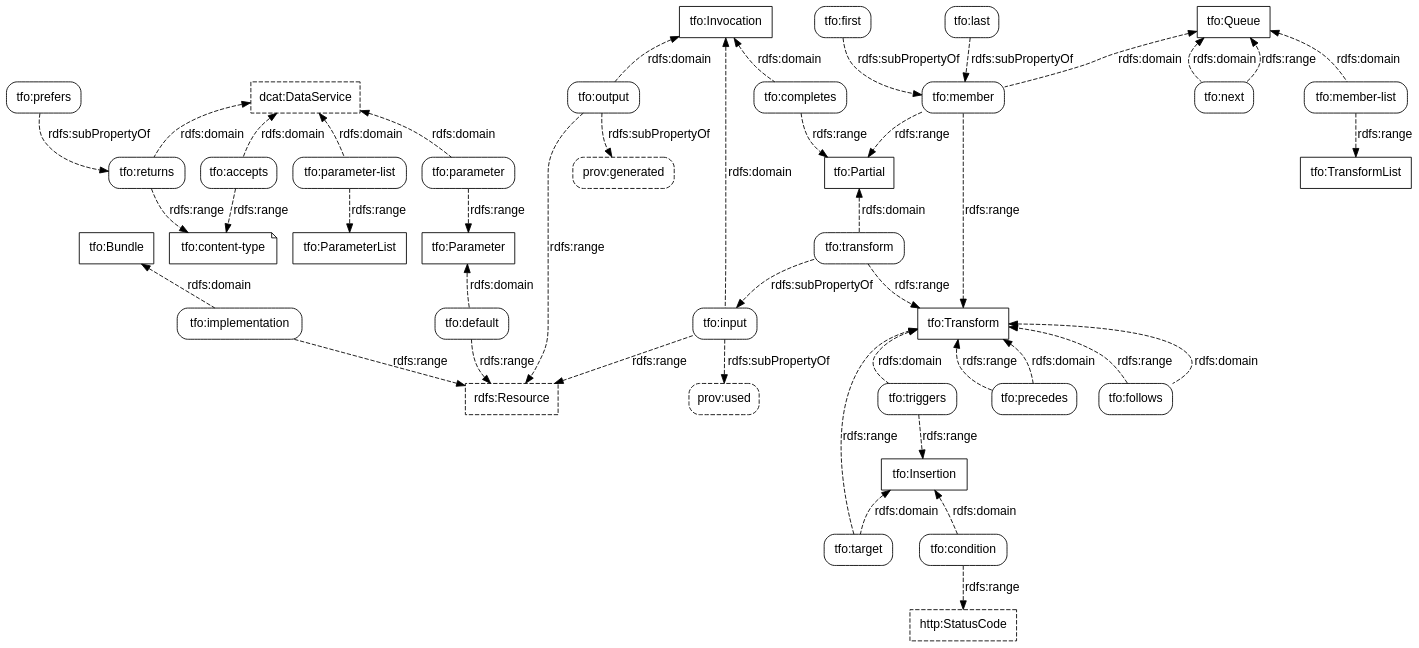
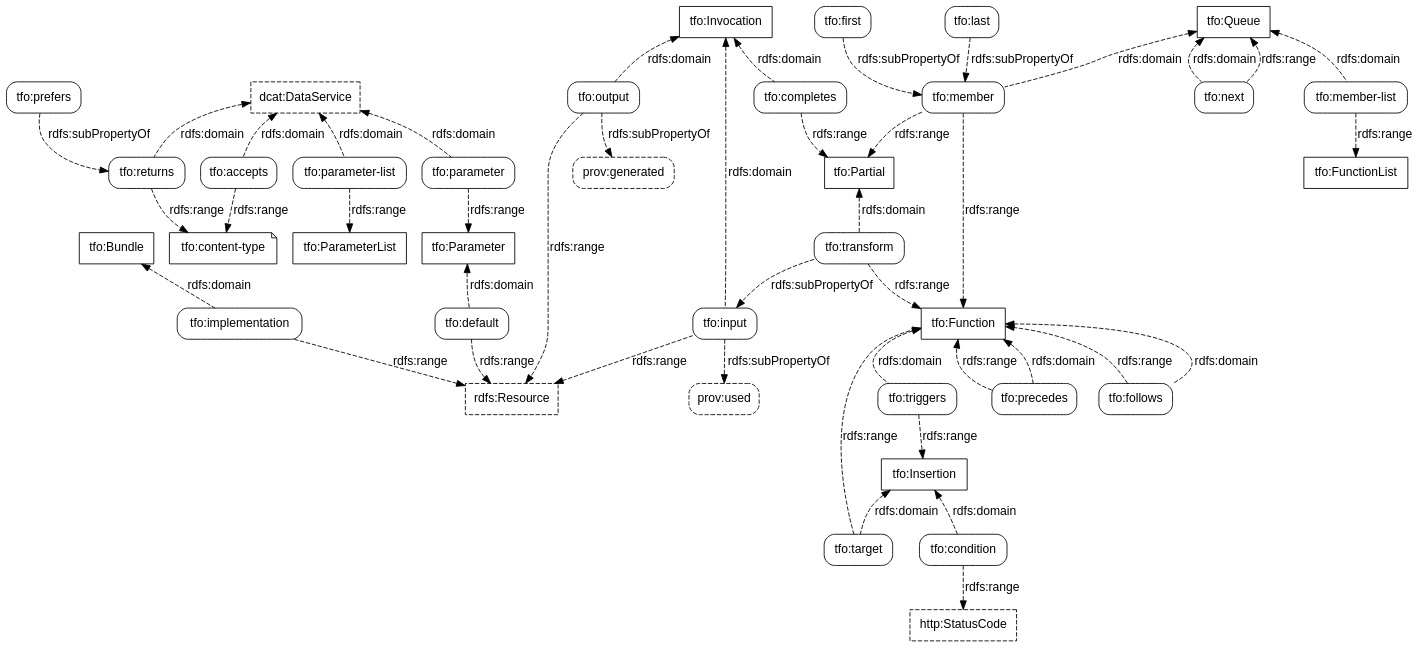
Before and after one commit to doriantaylor/owl-transformation: the diagram in transformation-properties.dot, drawn with Graphviz. The commit also changed 3 other files, not shown here.

```diff
--- a/transformation-properties.dot
+++ b/transformation-properties.dot
@@ -1,138 +1,138 @@
 digraph {
     graph [bgcolor=transparent,rankdir=TB];
     node [shape=box,style=rounded,color="#000000",fontcolor="#000000",fontname="Lucida Grande, Lucida Sans Unicode, sans-serif"];
     edge [concentrate=true,color="#000000",fontcolor="#000000",fontname="Lucida Grande, Lucida Sans Unicode, sans-serif"];
 
     subgraph {
         node [shape=box, style=dashed];
         rdfs_Resource [label="rdfs:Resource", target="_parent", href="https://www.w3.org/TR/rdf-schema/#ch_resource"];
         http_StatusCode [label="http:StatusCode", target="_parent", href="https://www.w3.org/TR/HTTP-in-RDF10/#StatusCodeClass"];
         dcat_DataService [label="dcat:DataService" target="_parent", href="https://www.w3.org/TR/vocab-dcat-2/#Class:Data_Service"];
     }
 
     // our classes
 
     subgraph {
         node [shape=box, style=""];
         tfo_Bundle [label="tfo:Bundle", target="_parent", href="https://vocab.methodandstructure.com/transformation#Bundle"];
-        tfo_Transform [label="tfo:Transform", target="_parent", href="https://vocab.methodandstructure.com/transformation#Transform"];
+        tfo_Function [label="tfo:Function", target="_parent", href="https://vocab.methodandstructure.com/transformation#Function"];
         tfo_Parameter [label="tfo:Parameter", target="_parent", href="https://vocab.methodandstructure.com/transformation#Parameter"];
         tfo_ParameterList [label="tfo:ParameterList", target="_parent", href="https://vocab.methodandstructure.com/transformation#ParameterList"];
         tfo_Queue [label="tfo:Queue", target="_parent", href="https://vocab.methodandstructure.com/transformation#Queue"];
         tfo_Insertion [label="tfo:Insertion", target="_parent", href="https://vocab.methodandstructure.com/transformation#Insertion"];
-        tfo_TransformList [label="tfo:TransformList", target="_parent", href="https://vocab.methodandstructure.com/transformation#TransformList"];
+        tfo_FunctionList [label="tfo:FunctionList", target="_parent", href="https://vocab.methodandstructure.com/transformation#FunctionList"];
         tfo_Partial [label="tfo:Partial", target="_parent", href="https://vocab.methodandstructure.com/transformation#Partial"];
         tfo_Invocation [label="tfo:Invocation", target="_parent", href="https://vocab.methodandstructure.com/transformation#Invocation"];
     }
 
     // our datatypes
     subgraph {
         node [shape=note];
         tfo_content_type [label="tfo:content-type", target="_parent", href="https://vocab.methodandstructure.com/transformation#content-type"];
     }
 
     // third-party properties
 
     subgraph {
         node [style="dashed,rounded"];
         prov_used [label="prov:used", target="_parent", href="https://www.w3.org/TR/prov-o/#used"];
         prov_generated [label="prov:generated", target="_parent", href="https://www.w3.org/TR/prov-o/#generated"];
         // prov_wasAttributedTo [label="prov:wasAttributedTo", target="_parent", href="https://www.w3.org/TR/prov-o/#wasAttributedTo"];
     }
 
     // our properties
 
     tfo_accepts [label="tfo:accepts", target="_parent", href="https://vocab.methodandstructure.com/transformation#accepts"];
     tfo_returns [label="tfo:returns", target="_parent", href="https://vocab.methodandstructure.com/transformation#returns"];
     tfo_prefers [label="tfo:prefers", target="_parent", href="https://vocab.methodandstructure.com/transformation#prefers"];
     tfo_implementation [label="tfo:implementation", target="_parent", href="https://vocab.methodandstructure.com/transformation#implementation"];
     tfo_parameter [label="tfo:parameter", target="_parent", href="https://vocab.methodandstructure.com/transformation#parameter"];
     tfo_parameter_list [label="tfo:parameter-list", target="_parent", href="https://vocab.methodandstructure.com/transformation#parameter-list"];
     tfo_default [label="tfo:default", target="_parent", href="https://vocab.methodandstructure.com/transformation#default"];
     tfo_triggers [label="tfo:triggers", target="_parent", href="https://vocab.methodandstructure.com/transformation#triggers"];
 
 
     tfo_completes [label="tfo:completes", target="_parent", href="https://vocab.methodandstructure.com/transformation#completes"];
     tfo_input [label="tfo:input", target="_parent", href="https://vocab.methodandstructure.com/transformation#input"];
     tfo_output [label="tfo:output", target="_parent", href="https://vocab.methodandstructure.com/transformation#output"];
     tfo_transform [label="tfo:transform", target="_parent", href="https://vocab.methodandstructure.com/transformation#transform"];
 
     tfo_member [label="tfo:member", target="_parent", href="https://vocab.methodandstructure.com/transformation#member"];
     tfo_member_list [label="tfo:member-list", target="_parent", href="https://vocab.methodandstructure.com/transformation#member-list"];
     tfo_next [label="tfo:next", target="_parent", href="https://vocab.methodandstructure.com/transformation#next"];
     tfo_precedes [label="tfo:precedes", target="_parent", href="https://vocab.methodandstructure.com/transformation#precedes"];
     tfo_follows [label="tfo:follows", target="_parent", href="https://vocab.methodandstructure.com/transformation#follows"];
     tfo_first [label="tfo:first", target="_parent", href="https://vocab.methodandstructure.com/transformation#first"];
     tfo_last [label="tfo:last", target="_parent", href="https://vocab.methodandstructure.com/transformation#last"];
     tfo_condition [label="tfo:condition", target="_parent", href="https://vocab.methodandstructure.com/transformation#condition"];
     tfo_target [label="tfo:target", target="_parent", href="https://vocab.methodandstructure.com/transformation#target"];
 
     subgraph {
         edge [style=dashed, label="rdfs:subPropertyOf"];
         tfo_prefers   -> tfo_returns;
         tfo_transform -> tfo_input -> prov_used;
         tfo_output    -> prov_generated;
 
         tfo_first -> tfo_member;
         tfo_last  -> tfo_member;
     }
 
     subgraph {
         edge [style=dashed, dir=back, label="rdfs:domain"];
         tfo_Bundle -> tfo_implementation;
         dcat_DataService -> tfo_accepts;
         dcat_DataService -> tfo_returns;
         dcat_DataService -> tfo_parameter;
         dcat_DataService -> tfo_parameter_list;
-        tfo_Transform -> tfo_precedes;
-        tfo_Transform -> tfo_follows;
-        tfo_Transform -> tfo_triggers;
+        tfo_Function  -> tfo_precedes;
+        tfo_Function  -> tfo_follows;
+        tfo_Function  -> tfo_triggers;
 
         tfo_Parameter -> tfo_default;
 
         tfo_Queue -> tfo_member;
         tfo_Queue -> tfo_member_list;
 
         tfo_Queue -> tfo_next;
 
         tfo_Insertion -> tfo_condition;
         tfo_Insertion -> tfo_target;
 
         tfo_Partial -> tfo_transform;
 
         tfo_Invocation -> tfo_completes;
         tfo_Invocation -> tfo_input;
         tfo_Invocation -> tfo_output;
     }
 
     subgraph {
         edge [style=dashed, label="rdfs:range"];
 
         tfo_accepts -> tfo_content_type;
         tfo_returns -> tfo_content_type;
 
         tfo_parameter      -> tfo_Parameter;
         tfo_parameter_list -> tfo_ParameterList;
 
-        tfo_member      -> tfo_Transform;
+        tfo_member      -> tfo_Function;
         tfo_member      -> tfo_Partial;
-        tfo_member_list -> tfo_TransformList;
+        tfo_member_list -> tfo_FunctionList;
 
         tfo_next -> tfo_Queue;
 
-        tfo_transform -> tfo_Transform;
-        tfo_precedes  -> tfo_Transform;
-        tfo_follows   -> tfo_Transform;
+        tfo_transform -> tfo_Function;
+        tfo_precedes  -> tfo_Function;
+        tfo_follows   -> tfo_Function;
 
         tfo_triggers  -> tfo_Insertion;
-        tfo_target    -> tfo_Transform;
+        tfo_target    -> tfo_Function;
         tfo_condition -> http_StatusCode;
 
         tfo_completes -> tfo_Partial;
 
         tfo_implementation -> rdfs_Resource;
         tfo_default        -> rdfs_Resource;
         tfo_input          -> rdfs_Resource;
         tfo_output         -> rdfs_Resource;
     }
 }
```
